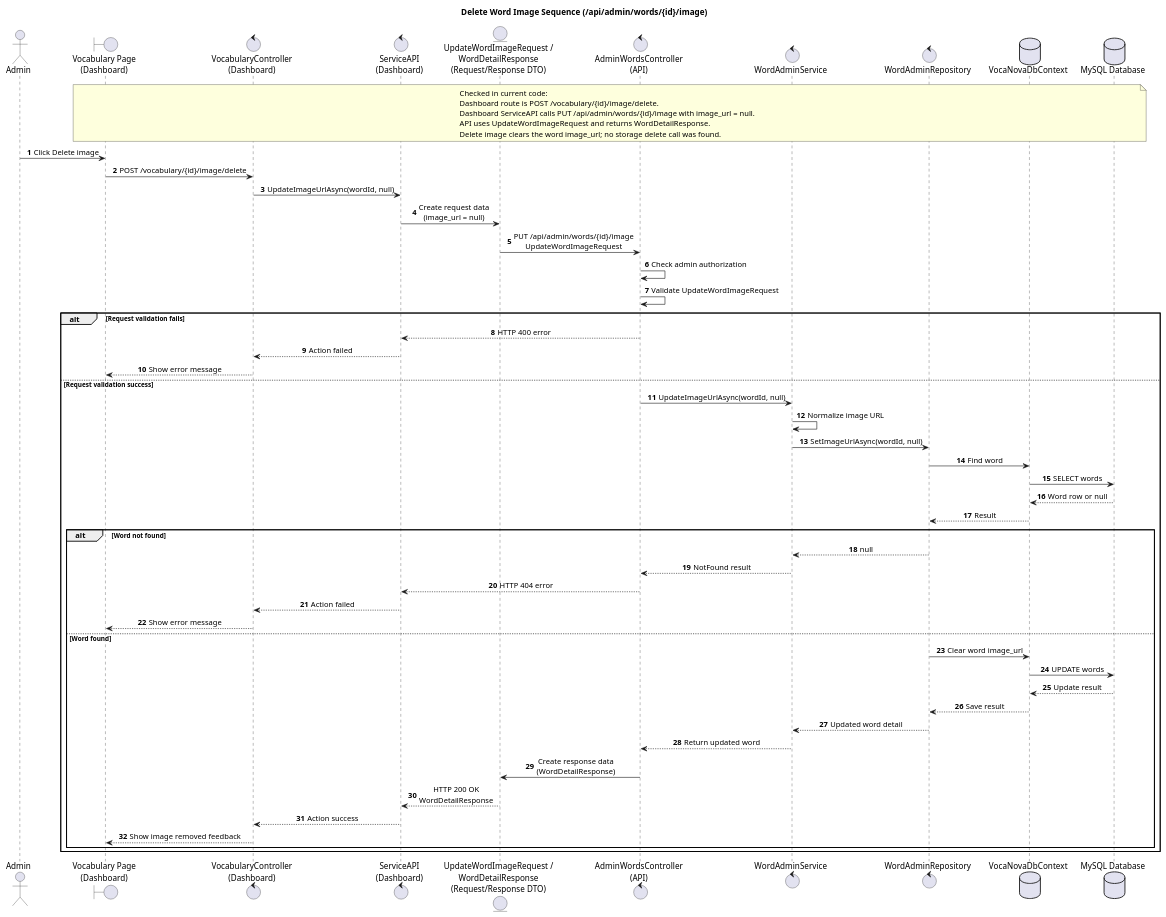
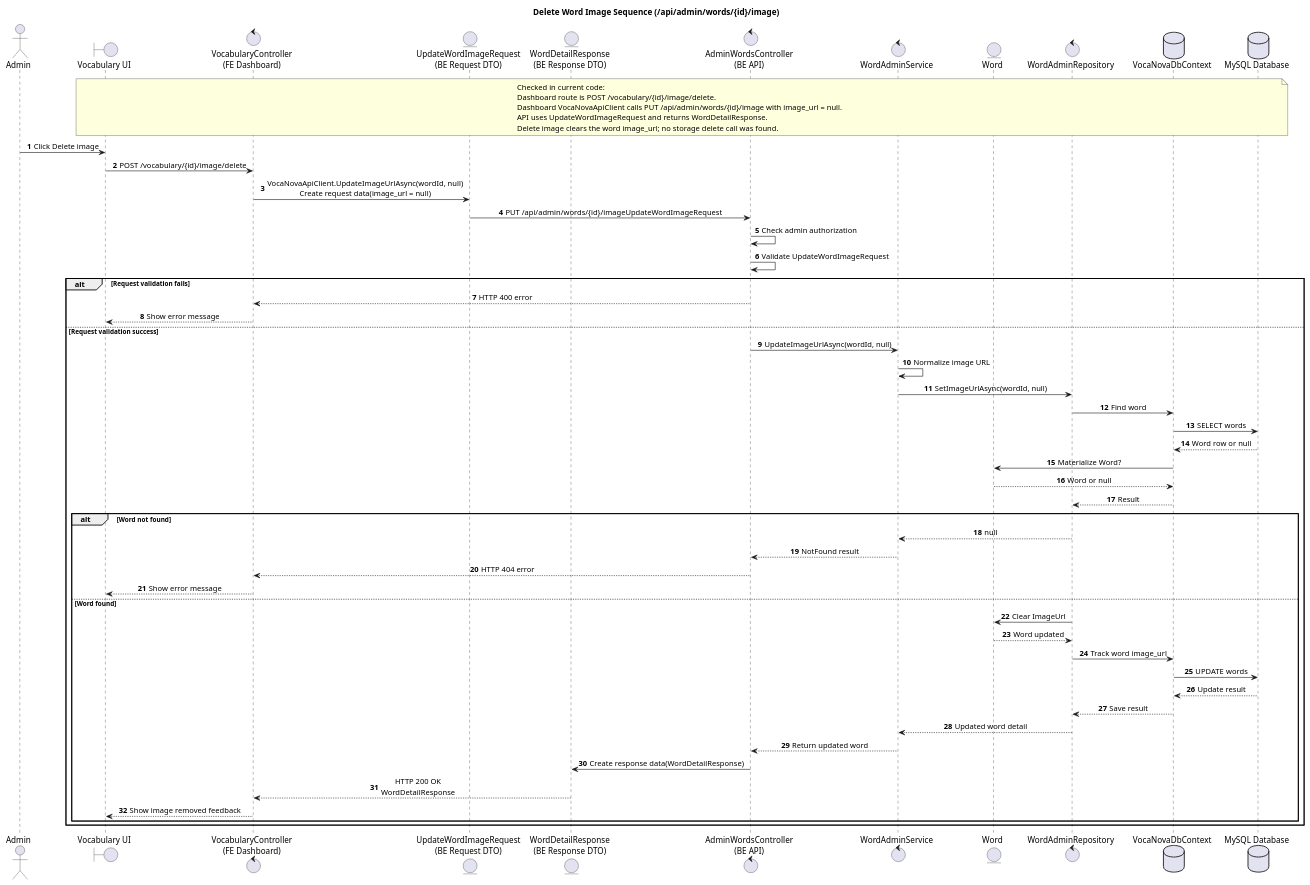
Before and after one commit to thisIsCenx04/VocaNova: the diagram in docs/diagrams/admin-delete-image-sequence.puml, drawn with PlantUML. The commit also changed 28 other files, not shown here.

Commit message:
fix/sequences-final-form

```diff
--- a/docs/diagrams/admin-delete-image-sequence.puml
+++ b/docs/diagrams/admin-delete-image-sequence.puml
@@ -1,68 +1,62 @@
 @startuml
 title Delete Word Image Sequence (/api/admin/words/{id}/image)
-
 autonumber
 skinparam responseMessageBelowArrow true
 skinparam sequenceMessageAlign center
-
 actor Admin
-boundary "Vocabulary Page\n(Dashboard)" as VocabularyPage
-control "VocabularyController\n(Dashboard)" as DashboardController
-control "ServiceAPI\n(Dashboard)" as ServiceApi
-entity "UpdateWordImageRequest /\nWordDetailResponse\n(Request/Response DTO)" as ImageDto
-control "AdminWordsController\n(API)" as ApiController
+boundary "Vocabulary UI" as VocabularyPage
+control "VocabularyController\n(FE Dashboard)" as DashboardController
+entity "UpdateWordImageRequest\n(BE Request DTO)" as ImageRequestDto
+entity "WordDetailResponse\n(BE Response DTO)" as ImageResponseDto
+control "AdminWordsController\n(BE API)" as ApiController
 control "WordAdminService" as WordService
+entity "Word" as WordEntity
 control "WordAdminRepository" as WordRepository
 database "VocaNovaDbContext" as DbContext
 database "MySQL Database" as MySQL
-
 note over VocabularyPage, MySQL
 Checked in current code:
 Dashboard route is POST /vocabulary/{id}/image/delete.
-Dashboard ServiceAPI calls PUT /api/admin/words/{id}/image with image_url = null.
+Dashboard VocaNovaApiClient calls PUT /api/admin/words/{id}/image with image_url = null.
 API uses UpdateWordImageRequest and returns WordDetailResponse.
 Delete image clears the word image_url; no storage delete call was found.
 end note
-
 Admin -> VocabularyPage: Click Delete image
 VocabularyPage -> DashboardController: POST /vocabulary/{id}/image/delete
-DashboardController -> ServiceApi: UpdateImageUrlAsync(wordId, null)
-ServiceApi -> ImageDto: Create request data\n(image_url = null)
-ImageDto -> ApiController: PUT /api/admin/words/{id}/image\nUpdateWordImageRequest
+DashboardController -> ImageRequestDto: VocaNovaApiClient.UpdateImageUrlAsync(wordId, null)\nCreate request data(image_url = null)
+ImageRequestDto -> ApiController: PUT /api/admin/words/{id}/imageUpdateWordImageRequest
 ApiController -> ApiController: Check admin authorization
 ApiController -> ApiController: Validate UpdateWordImageRequest
-
 alt Request validation fails
-    ApiController --> ServiceApi: HTTP 400 error
-    ServiceApi --> DashboardController: Action failed
-    DashboardController --> VocabularyPage: Show error message
+ApiController --> DashboardController: HTTP 400 error
+DashboardController --> VocabularyPage: Show error message
 else Request validation success
-    ApiController -> WordService: UpdateImageUrlAsync(wordId, null)
-    WordService -> WordService: Normalize image URL
-    WordService -> WordRepository: SetImageUrlAsync(wordId, null)
-    WordRepository -> DbContext: Find word
-    DbContext -> MySQL: SELECT words
-    MySQL --> DbContext: Word row or null
-    DbContext --> WordRepository: Result
-
-    alt Word not found
-        WordRepository --> WordService: null
-        WordService --> ApiController: NotFound result
-        ApiController --> ServiceApi: HTTP 404 error
-        ServiceApi --> DashboardController: Action failed
-        DashboardController --> VocabularyPage: Show error message
-    else Word found
-        WordRepository -> DbContext: Clear word image_url
-        DbContext -> MySQL: UPDATE words
-        MySQL --> DbContext: Update result
-        DbContext --> WordRepository: Save result
-        WordRepository --> WordService: Updated word detail
-        WordService --> ApiController: Return updated word
-        ApiController -> ImageDto: Create response data\n(WordDetailResponse)
-        ImageDto --> ServiceApi: HTTP 200 OK\nWordDetailResponse
-        ServiceApi --> DashboardController: Action success
-        DashboardController --> VocabularyPage: Show image removed feedback
-    end
+ApiController -> WordService: UpdateImageUrlAsync(wordId, null)
+WordService -> WordService: Normalize image URL
+WordService -> WordRepository: SetImageUrlAsync(wordId, null)
+WordRepository -> DbContext: Find word
+DbContext -> MySQL: SELECT words
+MySQL --> DbContext: Word row or null
+DbContext -> WordEntity: Materialize Word?
+WordEntity --> DbContext: Word or null
+DbContext --> WordRepository: Result
+alt Word not found
+WordRepository --> WordService: null
+WordService --> ApiController: NotFound result
+ApiController --> DashboardController: HTTP 404 error
+DashboardController --> VocabularyPage: Show error message
+else Word found
+WordRepository -> WordEntity: Clear ImageUrl
+WordEntity --> WordRepository: Word updated
+WordRepository -> DbContext: Track word image_url
+DbContext -> MySQL: UPDATE words
+MySQL --> DbContext: Update result
+DbContext --> WordRepository: Save result
+WordRepository --> WordService: Updated word detail
+WordService --> ApiController: Return updated word
+ApiController -> ImageResponseDto: Create response data(WordDetailResponse)
+ImageResponseDto --> DashboardController: HTTP 200 OK\nWordDetailResponse
+DashboardController --> VocabularyPage: Show image removed feedback
 end
-
+end
 @enduml
```
